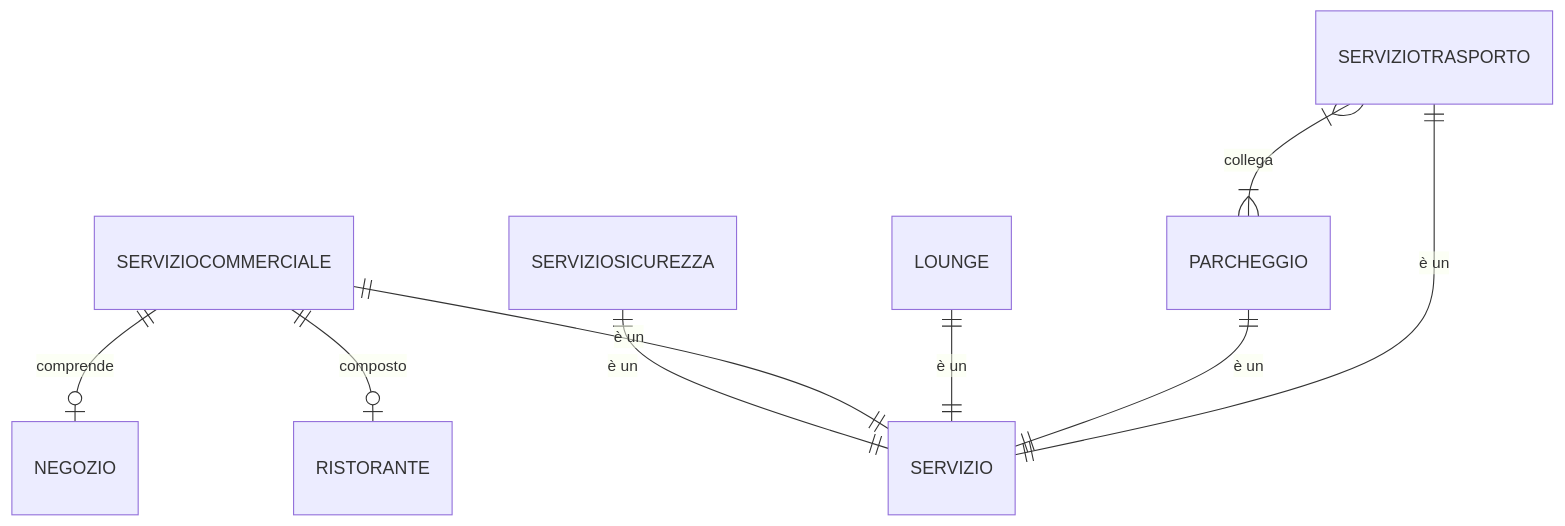
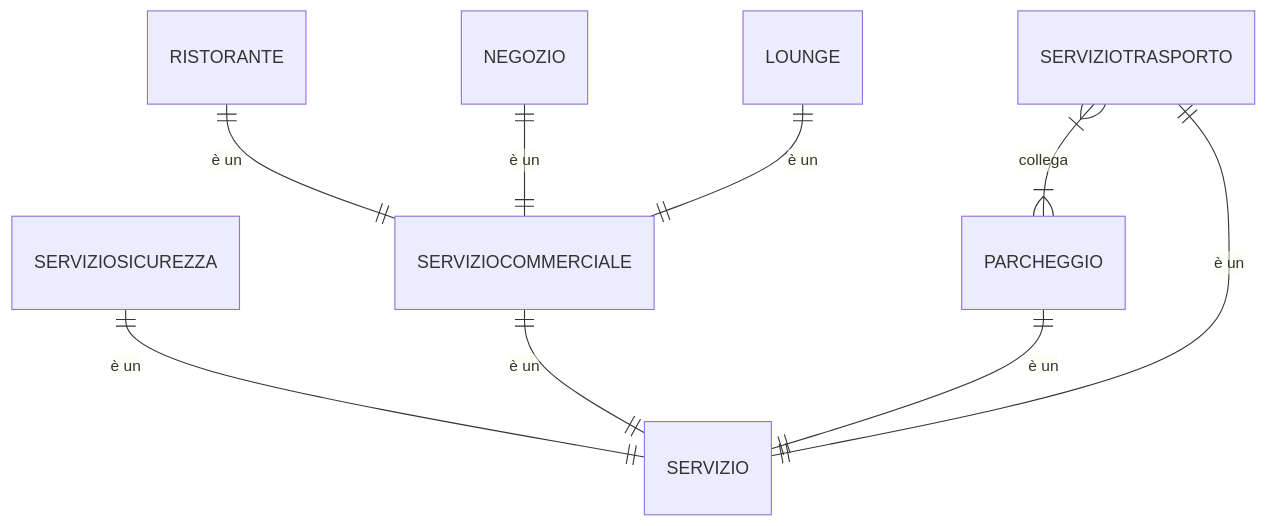
One commit to Diebbo/aereodb changed the sixth of 6 diagrams in RELAZIONE.md. Above: the diagram before and after it, drawn with Mermaid. The commit also changed other lines of this file, not shown here.

````diff
--- a/RELAZIONE.md
+++ b/RELAZIONE.md
@@ -395,15 +395,15 @@
 ```mermaid
 erDiagram
     SERVIZIOSICUREZZA ||--|| SERVIZIO: "è un"
 
     SERVIZIOCOMMERCIALE ||--|| SERVIZIO: "è un"
-    SERVIZIOCOMMERCIALE ||--o| RISTORANTE: "composto"
-    SERVIZIOCOMMERCIALE ||--o| NEGOZIO: "comprende"
     
-    LOUNGE ||--|| SERVIZIO: "è un"
+    RISTORANTE ||--|| SERVIZIOCOMMERCIALE: "è un"
+    NEGOZIO ||--|| SERVIZIOCOMMERCIALE: "è un"
+    LOUNGE ||--|| SERVIZIOCOMMERCIALE: "è un"
 
     PARCHEGGIO ||--|| SERVIZIO: "è un"
 
     SERVIZIOTRASPORTO ||--|| SERVIZIO: "è un"
     SERVIZIOTRASPORTO }|--|{ PARCHEGGIO: "collega"
 ```
````
